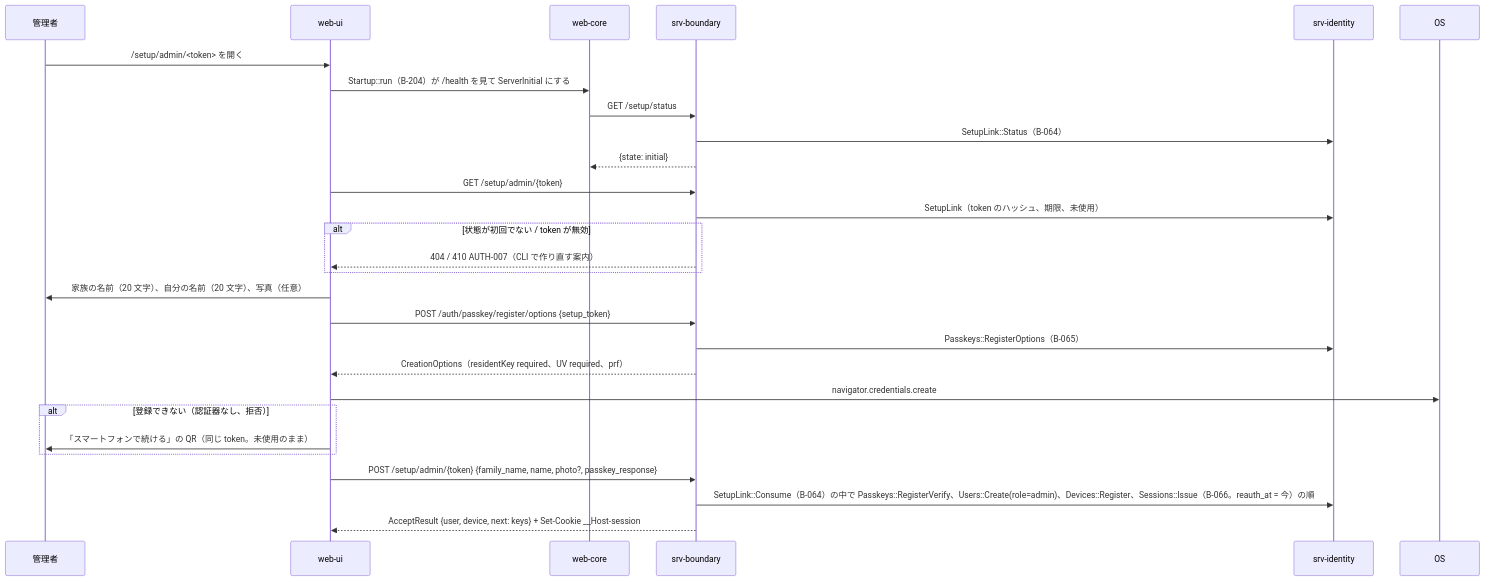
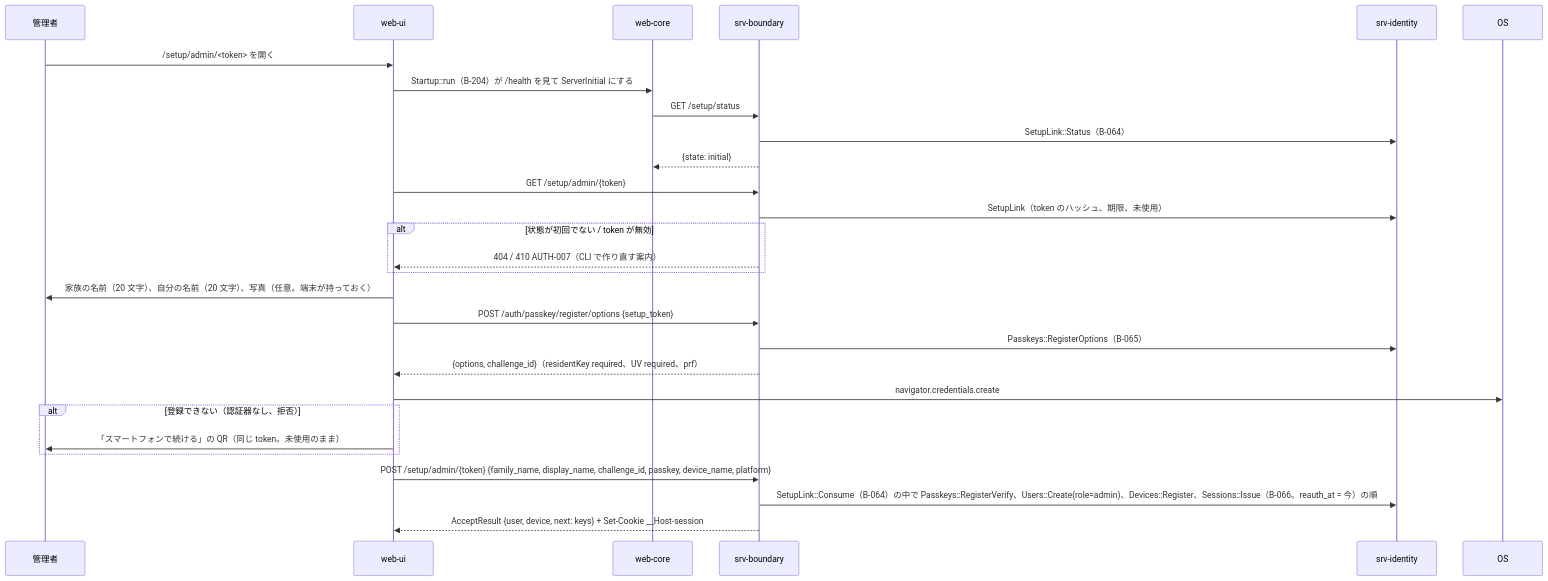
Before and after one commit to nrsd-ishikawasou/family-talk-pwa: the first of 3 diagrams in dev/docs/jp/シーケンス/02_初回の管理者.md, drawn with Mermaid. The commit also changed other lines of this file and 52 other files, not shown here.

````diff
--- a/dev/docs/jp/シーケンス/02_初回の管理者.md
+++ b/dev/docs/jp/シーケンス/02_初回の管理者.md
@@ -16,29 +16,29 @@
 ```mermaid
 sequenceDiagram
   participant U as 管理者
   participant UI as web-ui
   participant WC as web-core
   participant BD as srv-boundary
   participant ID as srv-identity
   U->>UI: /setup/admin/<token> を開く
   UI->>WC: Startup::run（B-204）が /health を見て ServerInitial にする
   WC->>BD: GET /setup/status
   BD->>ID: SetupLink::Status（B-064）
   BD-->>WC: {state: initial}
   UI->>BD: GET /setup/admin/{token}
   BD->>ID: SetupLink（token のハッシュ、期限、未使用）
   alt 状態が初回でない / token が無効
     BD-->>UI: 404 / 410 AUTH-007（CLI で作り直す案内）
   end
-  UI->>U: 家族の名前（20 文字）、自分の名前（20 文字）、写真（任意）
+  UI->>U: 家族の名前（20 文字）、自分の名前（20 文字）、写真（任意。端末が持っておく）
   UI->>BD: POST /auth/passkey/register/options {setup_token}
   BD->>ID: Passkeys::RegisterOptions（B-065）
-  BD-->>UI: CreationOptions（residentKey required、UV required、prf）
+  BD-->>UI: {options, challenge_id}（residentKey required、UV required、prf）
   UI->>OS: navigator.credentials.create
   alt 登録できない（認証器なし、拒否）
     UI->>U: 「スマートフォンで続ける」の QR（同じ token。未使用のまま）
   end
-  UI->>BD: POST /setup/admin/{token} {family_name, name, photo?, passkey_response}
+  UI->>BD: POST /setup/admin/{token} {family_name, display_name, challenge_id, passkey, device_name, platform}
   BD->>ID: SetupLink::Consume（B-064）の中で Passkeys::RegisterVerify、Users::Create(role=admin)、Devices::Register、Sessions::Issue（B-066。reauth_at = 今）の順
   BD-->>UI: AcceptResult {user, device, next: keys} + Set-Cookie __Host-session
 ```
````
